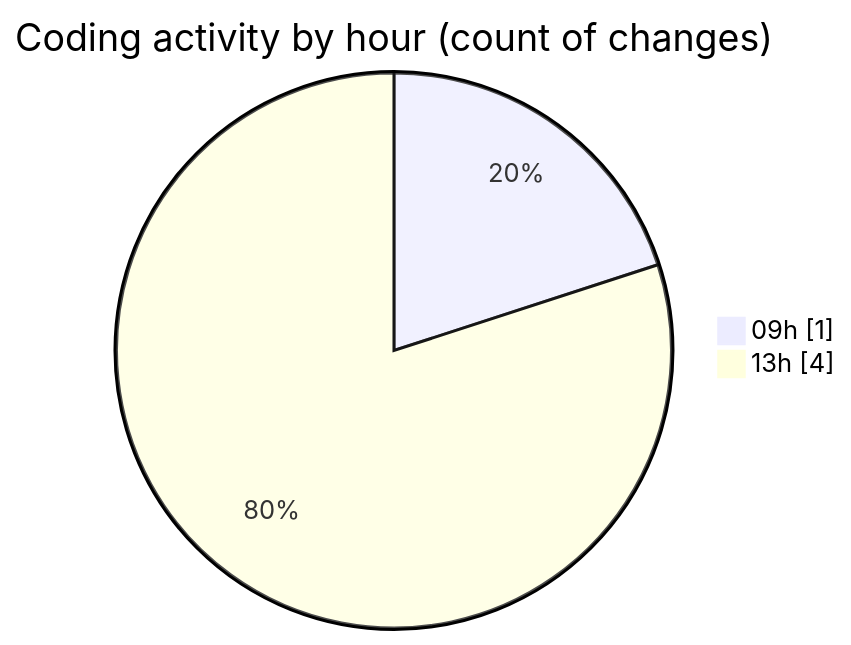
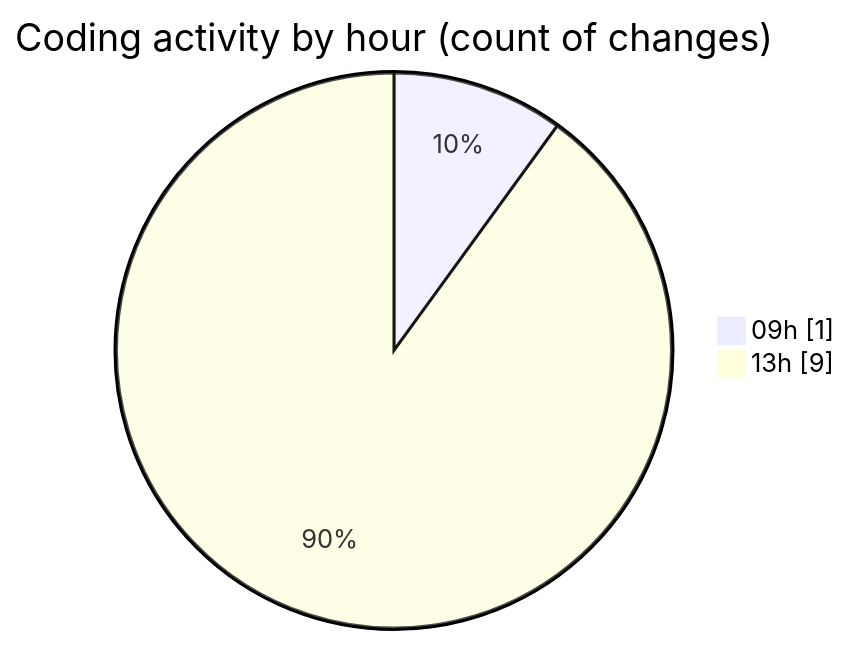
Before and after one commit to Elitesun/code-tracking: the second of 2 diagrams in 2025-05-21/niten/README.md, drawn with Mermaid. The commit also changed other lines of this file and 1 other file, not shown here.

````diff
--- a/2025-05-21/niten/README.md
+++ b/2025-05-21/niten/README.md
@@ -32,6 +34,6 @@
 ```mermaid
 pie showData
 title Coding activity by hour (count of changes)
 "09h" : 1
-"13h" : 4
+"13h" : 9
 ```
````
